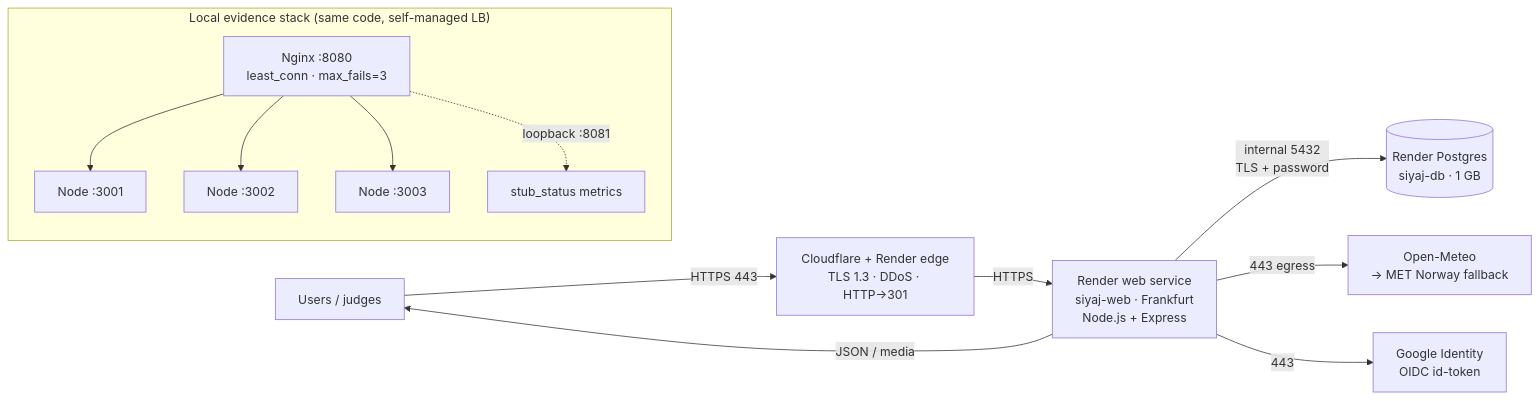
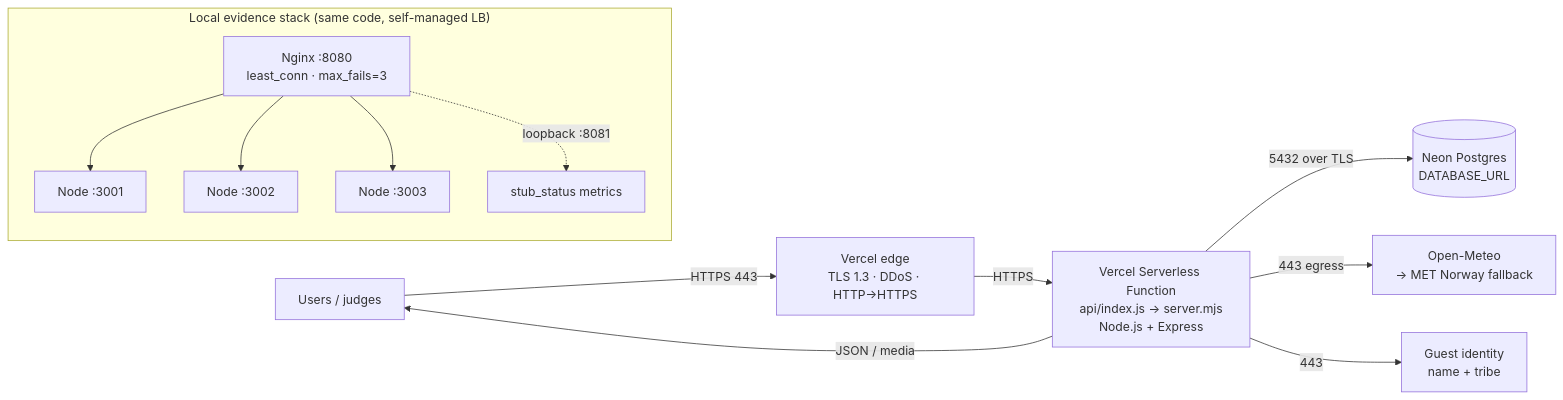
The diagram in docs/architecture-blueprint.md (MrTHNR67/hussin-web), drawn with Mermaid before and after one commit. The commit also changed other lines of this file and 12 other files, not shown here.

````diff
--- a/docs/architecture-blueprint.md
+++ b/docs/architecture-blueprint.md
@@ -37,16 +37,16 @@
 ```mermaid
 flowchart LR
-  U["Users / judges"] -->|"HTTPS 443"| E["Cloudflare + Render edge<br/>TLS 1.3 · DDoS · HTTP→301"]
-  E -->|"HTTPS"| A["Render web service<br/>siyaj-web · Frankfurt<br/>Node.js + Express"]
-  A -->|"internal 5432<br/>TLS + password"| DB[("Render Postgres<br/>siyaj-db · 1 GB")]
+  U["Users / judges"] -->|"HTTPS 443"| E["Vercel edge<br/>TLS 1.3 · DDoS · HTTP→HTTPS"]
+  E -->|"HTTPS"| A["Vercel Serverless Function<br/>api/index.js → server.mjs<br/>Node.js + Express"]
+  A -->|"5432 over TLS"| DB[("Neon Postgres<br/>DATABASE_URL")]
   A -->|"443 egress"| WX["Open-Meteo<br/>→ MET Norway fallback"]
-  A -->|"443"| G["Google Identity<br/>OIDC id-token"]
+  A -->|"443"| I["Guest identity<br/>name + tribe"]
   A -->|"JSON / media"| U
 
   subgraph LOCAL["Local evidence stack (same code, self-managed LB)"]
     N["Nginx :8080<br/>least_conn · max_fails=3"] --> R1["Node :3001"]
     N --> R2["Node :3002"]
     N --> R3["Node :3003"]
     N -.->|"loopback :8081"| M["stub_status metrics"]
   end
 ```
````
